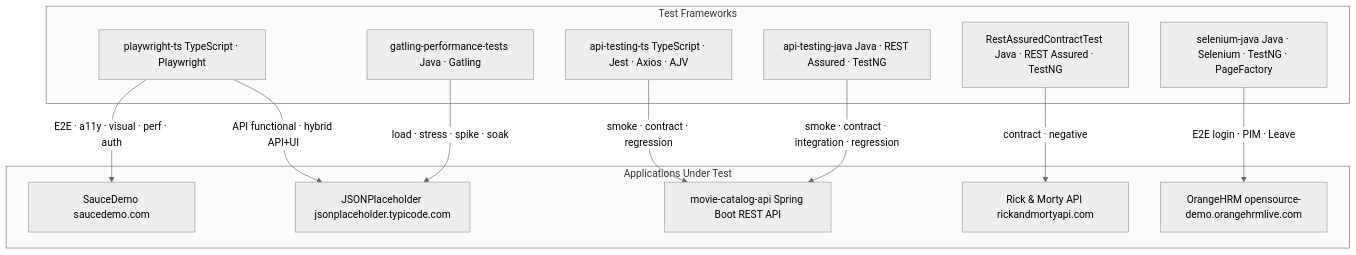
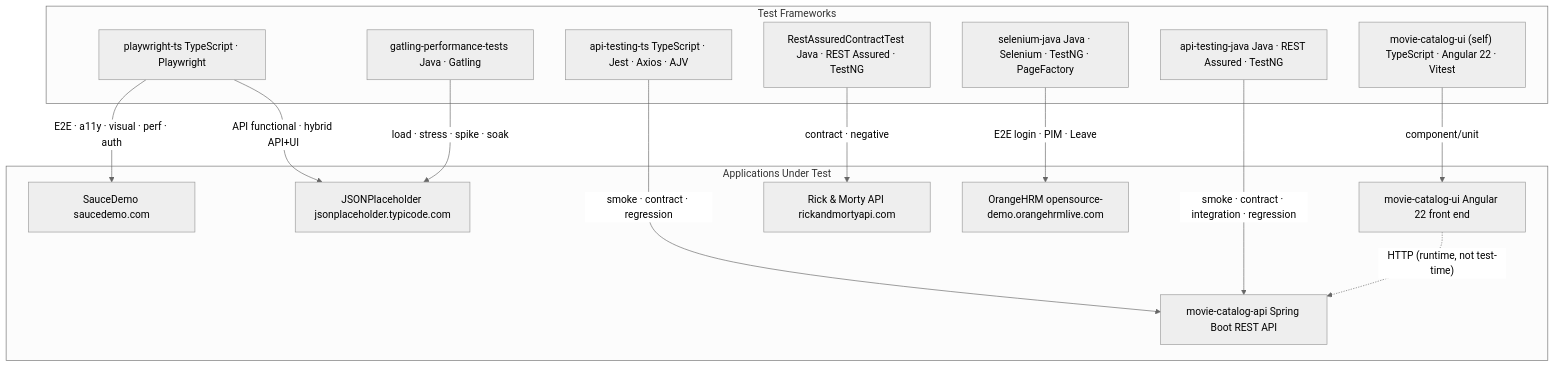
The first of 7 diagrams in architecture/system-architecture.md (EnesAkyel/test-strategy), drawn with Mermaid (neutral theme) before and after one commit. The commit also changed other lines of this file and 7 other files, not shown here.

Commit message:
add movie-catalog-ui and update the other documents to reflect the latest

````diff
--- a/architecture/system-architecture.md
+++ b/architecture/system-architecture.md
@@ -7,27 +7,31 @@
 ```mermaid
 graph TB
     subgraph Apps["Applications Under Test"]
         SD["SauceDemo saucedemo.com"]
         JP["JSONPlaceholder jsonplaceholder.typicode.com"]
         MC["movie-catalog-api Spring Boot REST API"]
+        MU["movie-catalog-ui Angular 22 front end"]
         RM["Rick & Morty API rickandmortyapi.com"]
         OH["OrangeHRM opensource-demo.orangehrmlive.com"]
     end
 
     subgraph Frameworks["Test Frameworks"]
         PW["playwright-ts TypeScript · Playwright"]
         AT["api-testing-ts TypeScript · Jest · Axios · AJV"]
         AJ["api-testing-java Java · REST Assured · TestNG"]
+        MUT["movie-catalog-ui (self) TypeScript · Angular 22 · Vitest"]
         GA["gatling-performance-tests Java · Gatling"]
         RA["RestAssuredContractTest Java · REST Assured · TestNG"]
         SJ["selenium-java Java · Selenium · TestNG · PageFactory"]
     end
 
     PW -->|"E2E · a11y · visual · perf · auth"| SD
     PW -->|"API functional · hybrid API+UI"| JP
     AT -->|"smoke · contract · regression"| MC
     AJ -->|"smoke · contract · integration · regression"| MC
+    MUT -->|"component/unit"| MU
+    MU -.->|"HTTP (runtime, not test-time)"| MC
     GA -->|"load · stress · spike · soak"| JP
     RA -->|"contract · negative"| RM
     SJ -->|"E2E login · PIM · Leave"| OH
 ```
````
